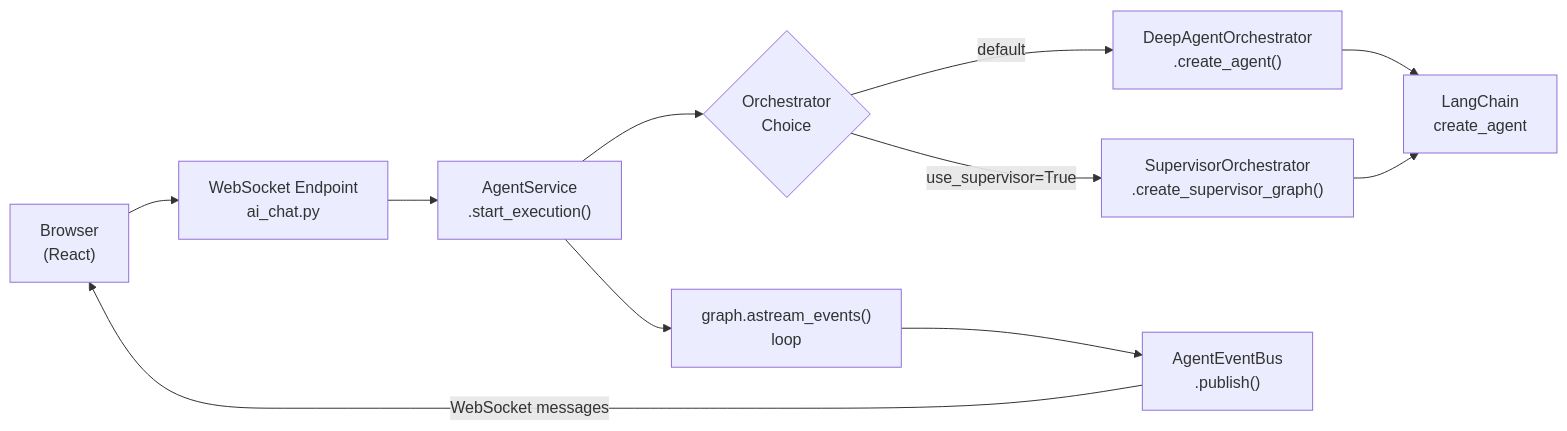
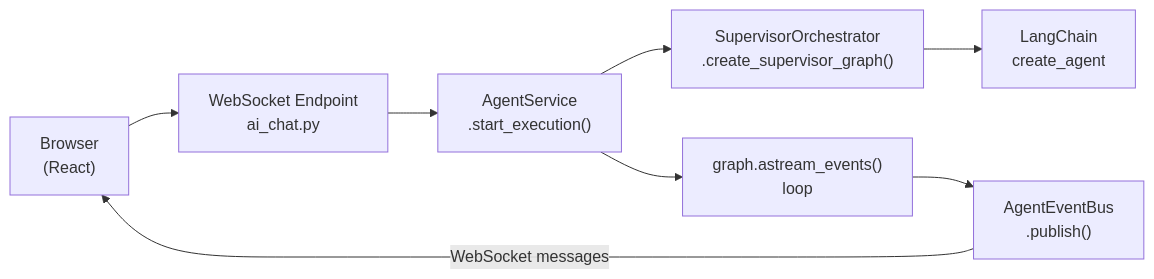
Before and after one commit to ogghst/backcast: the first of 4 diagrams in docs/02-architecture/ai/agent-common-concepts.md, drawn with Mermaid. The commit also changed other lines of this file and 223 other files, not shown here.

````diff
--- a/docs/02-architecture/ai/agent-common-concepts.md
+++ b/docs/02-architecture/ai/agent-common-concepts.md
@@ -29,13 +29,10 @@
 ```mermaid
 flowchart LR
     Browser["Browser\n(React)"] --> WS["WebSocket Endpoint\nai_chat.py"]
     WS --> AS["AgentService\n.start_execution()"]
-    AS --> ORC{"Orchestrator\nChoice"}
-    ORC -->|"use_supervisor=True"| SO["SupervisorOrchestrator\n.create_supervisor_graph()"]
-    ORC -->|"default"| DAO["DeepAgentOrchestrator\n.create_agent()"]
-    DAO --> LC["LangChain\ncreate_agent"]
-    SO --> LC
+    AS --> SO["SupervisorOrchestrator\n.create_supervisor_graph()"]
+    SO --> LC["LangChain\ncreate_agent"]
     AS --> GAE["graph.astream_events()\nloop"]
     GAE --> AEB["AgentEventBus\n.publish()"]
     AEB -->|WebSocket messages| Browser
 ```
````
